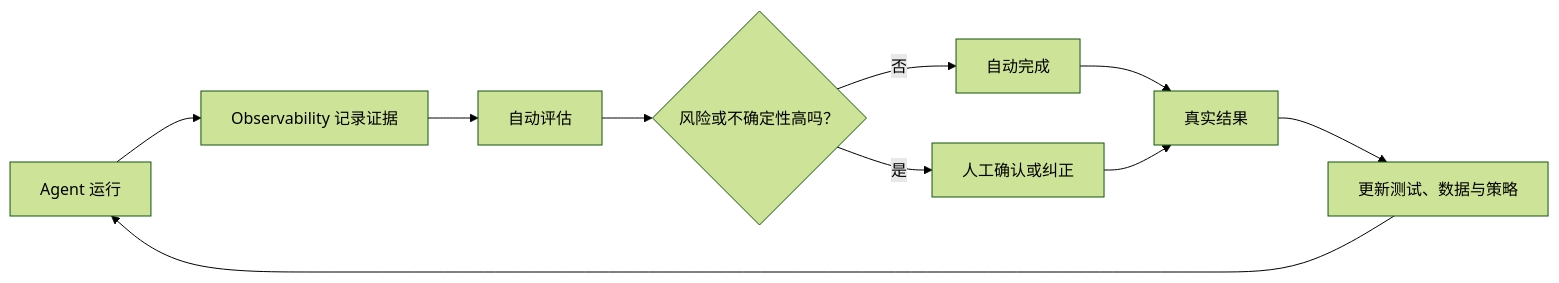
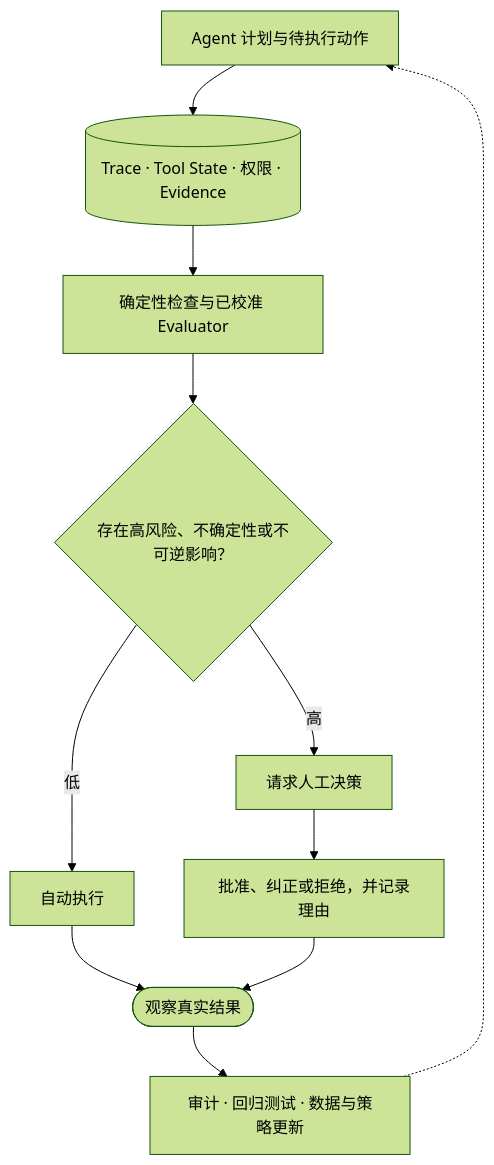
One commit to tianyi-zhang-02/cooking-agi changed the second of 2 diagrams in systems/README.md. Above: the diagram before and after it, drawn with Mermaid (forest theme). The commit also changed other lines of this file and 18 other files, not shown here.

Commit message:
redesign the guide diagrams

````diff
--- a/systems/README.md
+++ b/systems/README.md
@@ -114,12 +126,13 @@
 ```mermaid
-flowchart LR
-    A[Agent 运行] --> B[Observability 记录证据]
-    B --> C[自动评估]
-    C --> D{风险或不确定性高吗？}
-    D -->|否| E[自动完成]
-    D -->|是| F[人工确认或纠正]
-    E --> G[真实结果]
-    F --> G
-    G --> H[更新测试、数据与策略]
-    H --> A
+flowchart TB
+    A["Agent 计划与待执行动作"] --> B[("Trace · Tool State · 权限 · Evidence")]
+    B --> C["确定性检查与已校准 Evaluator"]
+    C --> D{"存在高风险、不确定性或不可逆影响？"}
+    D -- "低" --> E["自动执行"]
+    D -- "高" --> F["请求人工决策"]
+    F --> G["批准、纠正或拒绝，并记录理由"]
+    E --> H(["观察真实结果"])
+    G --> H
+    H --> I["审计 · 回归测试 · 数据与策略更新"]
+    I -.-> A
 ```
````
